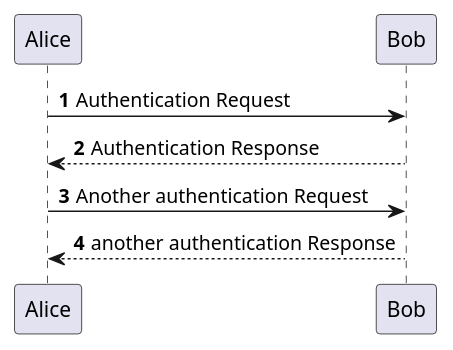
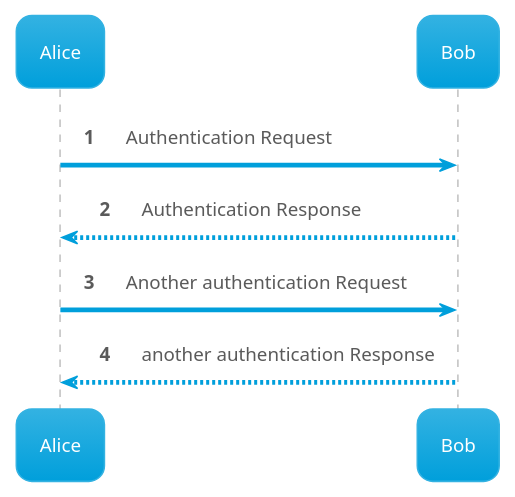
Before and after one commit to Porok12/blog: the diagram in public/test.puml, drawn with PlantUML. The commit also changed 5 other files, not shown here.

```diff
--- a/public/test.puml
+++ b/public/test.puml
@@ -1,11 +1,13 @@
 @startuml
 'https://plantuml.com/sequence-diagram
+
+!theme bluegray
 
 autonumber
 
 Alice -> Bob: Authentication Request
 Bob --> Alice: Authentication Response
 
 Alice -> Bob: Another authentication Request
 Alice <-- Bob: another authentication Response
 @enduml
```
